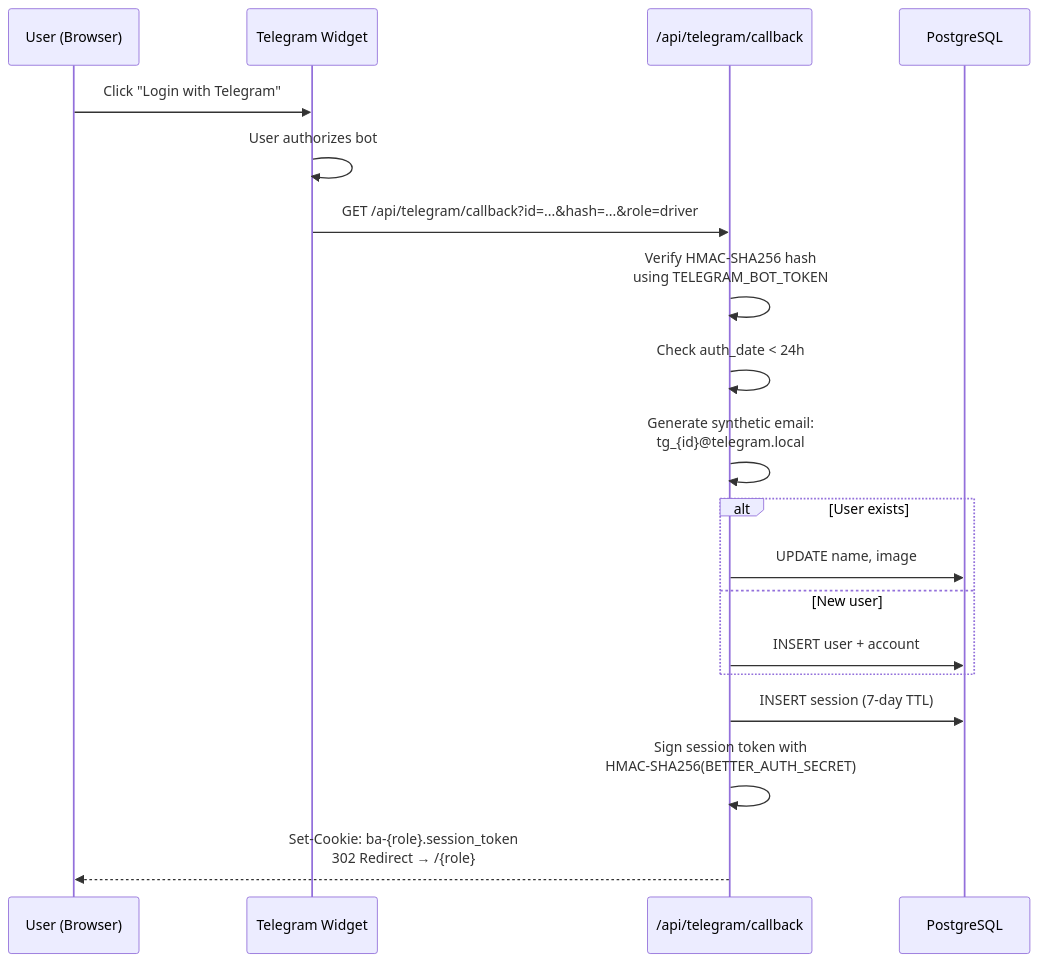
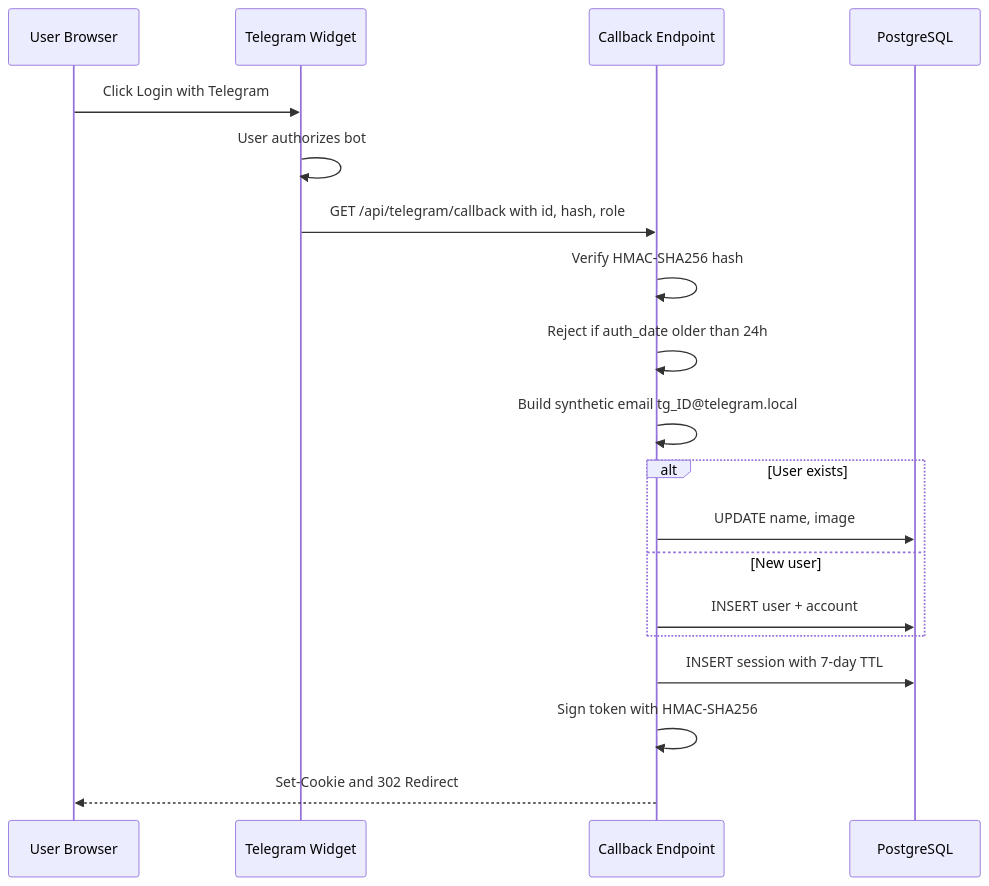
One commit to Amanuel-Ayal3w/ECRP changed the third of 23 diagrams in documentation.md. Above: the diagram before and after it, drawn with Mermaid. The commit also changed other lines of this file, not shown here.

First line of the commit message:
Fix Mermaid GitHub rendering and add detailed explanations

````diff
--- a/documentation.md
+++ b/documentation.md
@@ -250,25 +258,25 @@
 ```mermaid
 sequenceDiagram
-    participant U as User (Browser)
+    participant U as User Browser
     participant TG as Telegram Widget
-    participant CB as /api/telegram/callback
+    participant CB as Callback Endpoint
     participant DB as PostgreSQL
 
-    U->>TG: Click "Login with Telegram"
+    U->>TG: Click Login with Telegram
     TG->>TG: User authorizes bot
-    TG->>CB: GET /api/telegram/callback?id=...&hash=...&role=driver
+    TG->>CB: GET /api/telegram/callback with id, hash, role
 
-    CB->>CB: Verify HMAC-SHA256 hash<br/>using TELEGRAM_BOT_TOKEN
-    CB->>CB: Check auth_date < 24h
-    CB->>CB: Generate synthetic email:<br/>tg_{id}@telegram.local
+    CB->>CB: Verify HMAC-SHA256 hash
+    CB->>CB: Reject if auth_date older than 24h
+    CB->>CB: Build synthetic email tg_ID@telegram.local
 
     alt User exists
         CB->>DB: UPDATE name, image
     else New user
         CB->>DB: INSERT user + account
     end
 
-    CB->>DB: INSERT session (7-day TTL)
-    CB->>CB: Sign session token with<br/>HMAC-SHA256(BETTER_AUTH_SECRET)
-    CB-->>U: Set-Cookie: ba-{role}.session_token<br/>302 Redirect → /{role}
+    CB->>DB: INSERT session with 7-day TTL
+    CB->>CB: Sign token with HMAC-SHA256
+    CB-->>U: Set-Cookie and 302 Redirect
 ```
````
